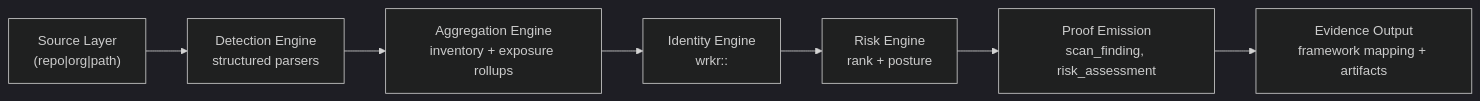
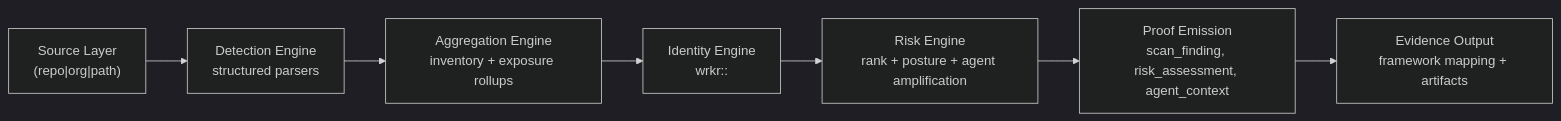
One commit to Clyra-AI/wrkr changed the diagram in docs/architecture.md. Above: the diagram before and after it, drawn with Mermaid (dark theme). The commit also changed other lines of this file and 30 other files, not shown here.

First line of the commit message:
Wave 4: harden risk proof and gate contracts (#95)

````diff
--- a/docs/architecture.md
+++ b/docs/architecture.md
@@ -24,9 +26,9 @@
 ```mermaid
 flowchart LR
   A["Source Layer\n(repo|org|path)"] --> B["Detection Engine\nstructured parsers"]
   B --> C["Aggregation Engine\ninventory + exposure rollups"]
   C --> D["Identity Engine\nwrkr:<tool_id>:<org>"]
-  D --> E["Risk Engine\nrank + posture"]
-  E --> F["Proof Emission\nscan_finding, risk_assessment"]
+  D --> E["Risk Engine\nrank + posture + agent amplification"]
+  E --> F["Proof Emission\nscan_finding, risk_assessment, agent_context"]
   F --> G["Evidence Output\nframework mapping + artifacts"]
 ```
````
